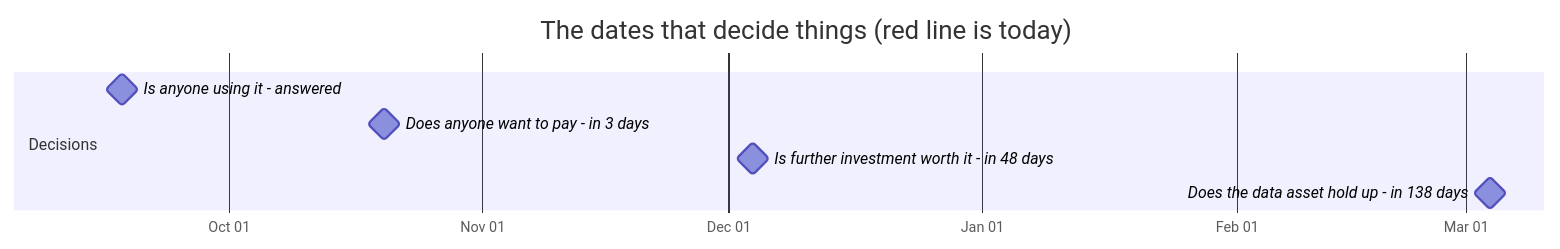
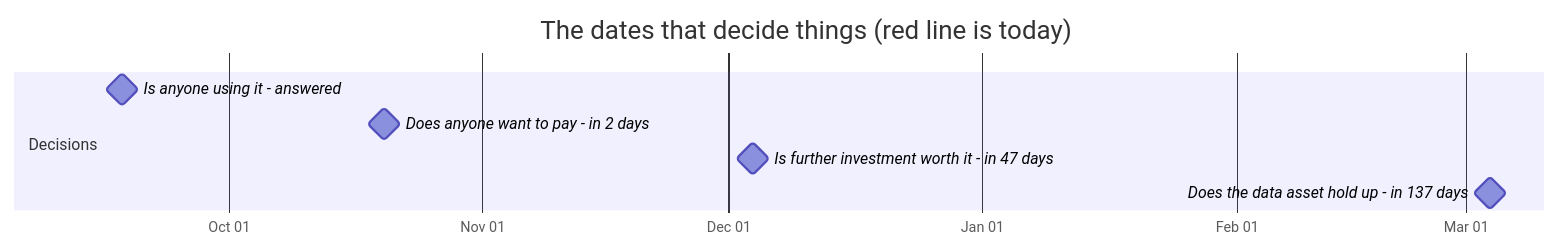
One commit to jakegu1/vetagent changed the first of 2 diagrams in docs/OWNER.md. Above: the diagram before and after it, drawn with Mermaid. The commit also changed other lines of this file and 2 other files, not shown here.

````diff
--- a/docs/OWNER.md
+++ b/docs/OWNER.md
@@ -76,12 +76,12 @@
 ```mermaid
 gantt
     dateFormat YYYY-MM-DD
     axisFormat %b %d
     todayMarker stroke-width:3px,stroke:#d33,stroke-dasharray:0
     title The dates that decide things (red line is today)
     section Decisions
     Is anyone using it - answered :milestone, 2026-09-18, 0d
-    Does anyone want to pay - in 3 days :milestone, 2026-10-20, 0d
-    Is further investment worth it - in 48 days :milestone, 2026-12-04, 0d
-    Does the data asset hold up - in 138 days :milestone, 2027-03-04, 0d
+    Does anyone want to pay - in 2 days :milestone, 2026-10-20, 0d
+    Is further investment worth it - in 47 days :milestone, 2026-12-04, 0d
+    Does the data asset hold up - in 137 days :milestone, 2027-03-04, 0d
 ```
````
